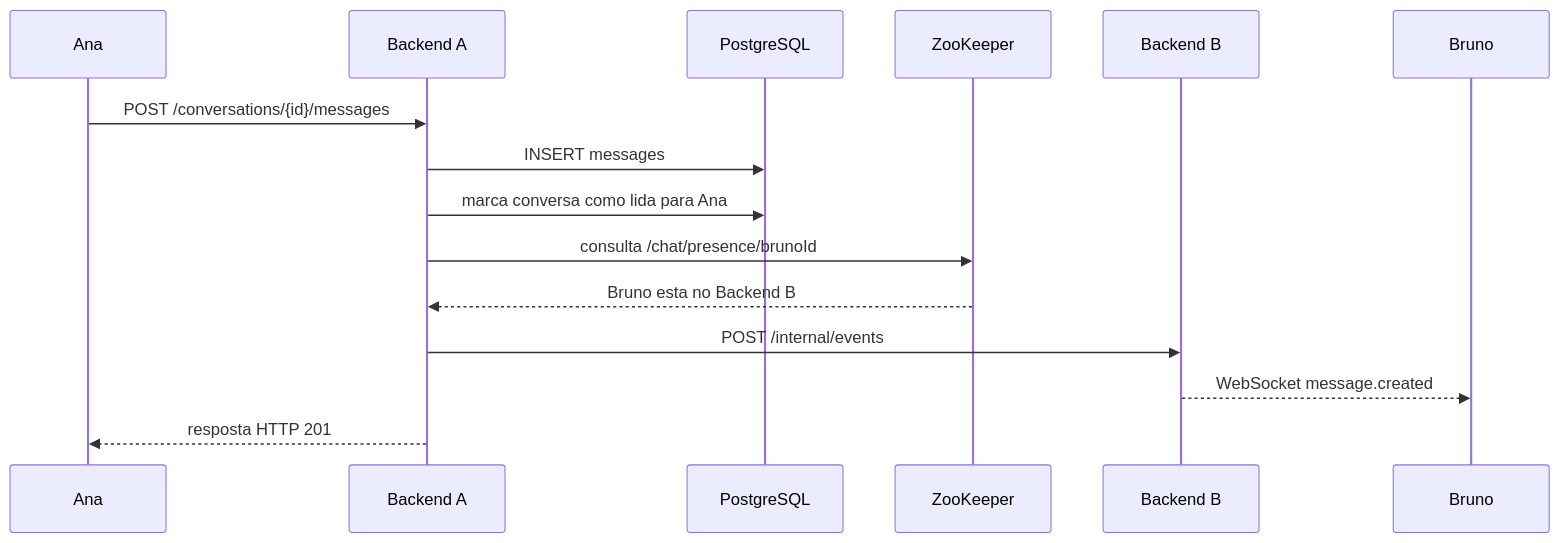
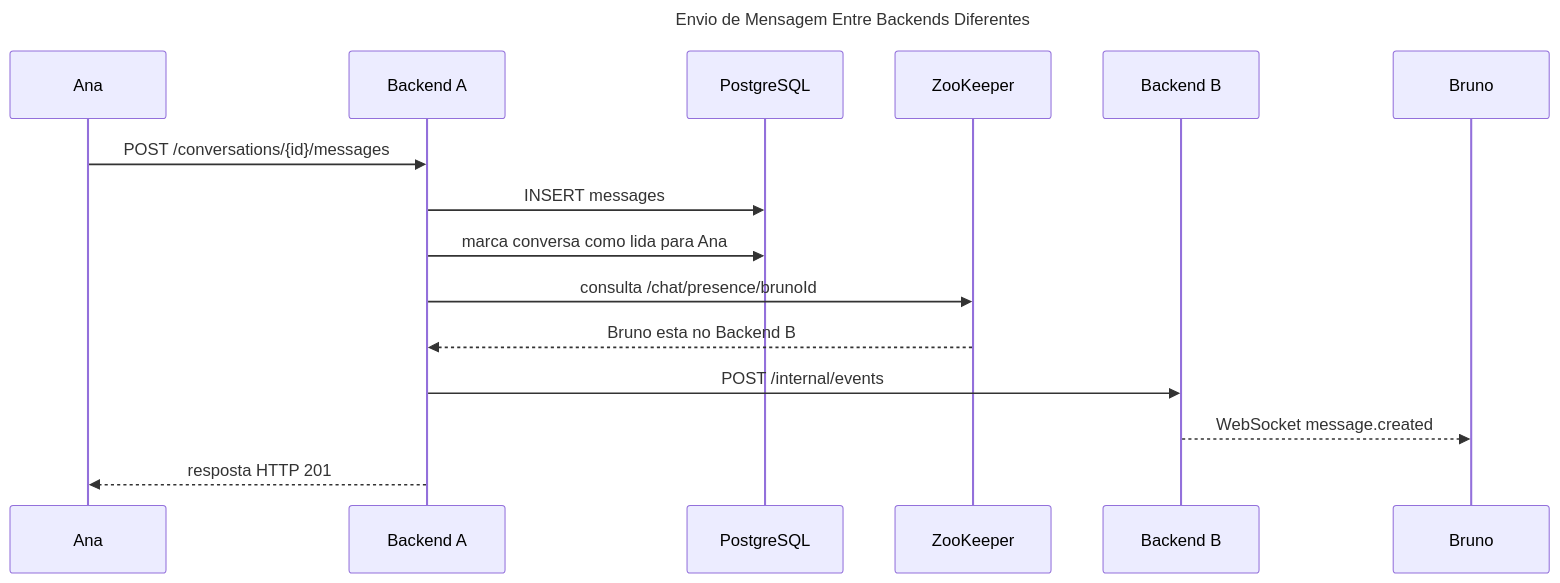
One commit to jvmr1/chat-distribuido changed the sixth of 10 diagrams in docs/diagrams.md. Above: the diagram before and after it, drawn with Mermaid. The commit also changed other lines of this file and 13 other files, not shown here.

Commit message:
diagramas

````diff
--- a/docs/diagrams.md
+++ b/docs/diagrams.md
@@ -138,18 +162,21 @@
 ```mermaid
+---
+title: Envio de Mensagem Entre Backends Diferentes
+---
 sequenceDiagram
   participant Ana as Ana
   participant B1 as Backend A
   participant DB as PostgreSQL
   participant ZK as ZooKeeper
   participant B2 as Backend B
   participant Bruno as Bruno
 
   Ana->>B1: POST /conversations/{id}/messages
   B1->>DB: INSERT messages
   B1->>DB: marca conversa como lida para Ana
   B1->>ZK: consulta /chat/presence/brunoId
   ZK-->>B1: Bruno esta no Backend B
   B1->>B2: POST /internal/events
   B2-->>Bruno: WebSocket message.created
   B1-->>Ana: resposta HTTP 201
 ```
````
